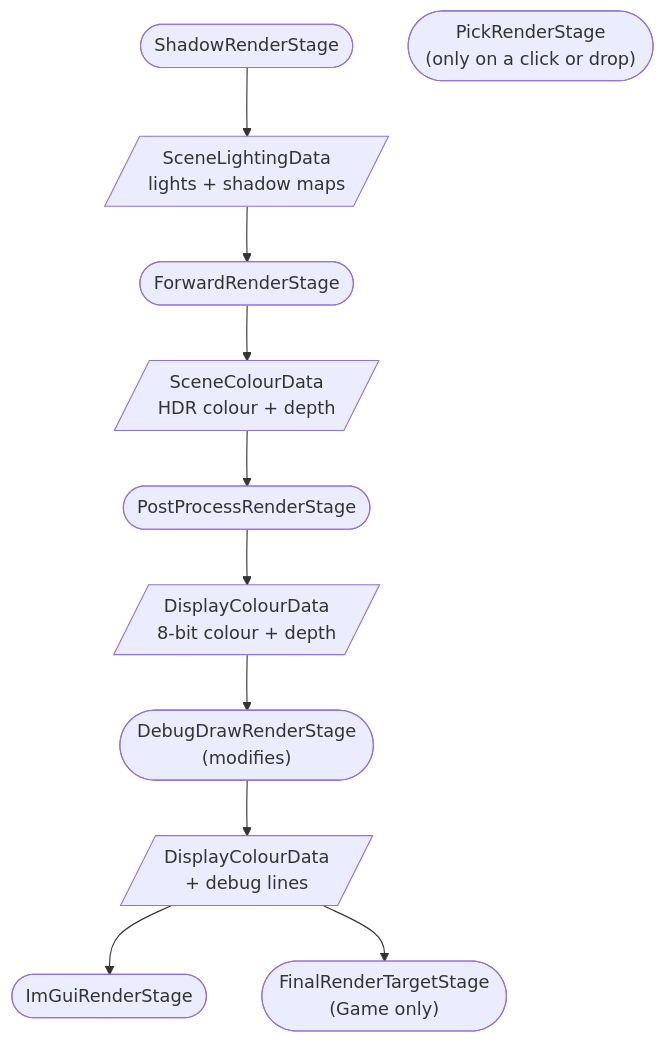
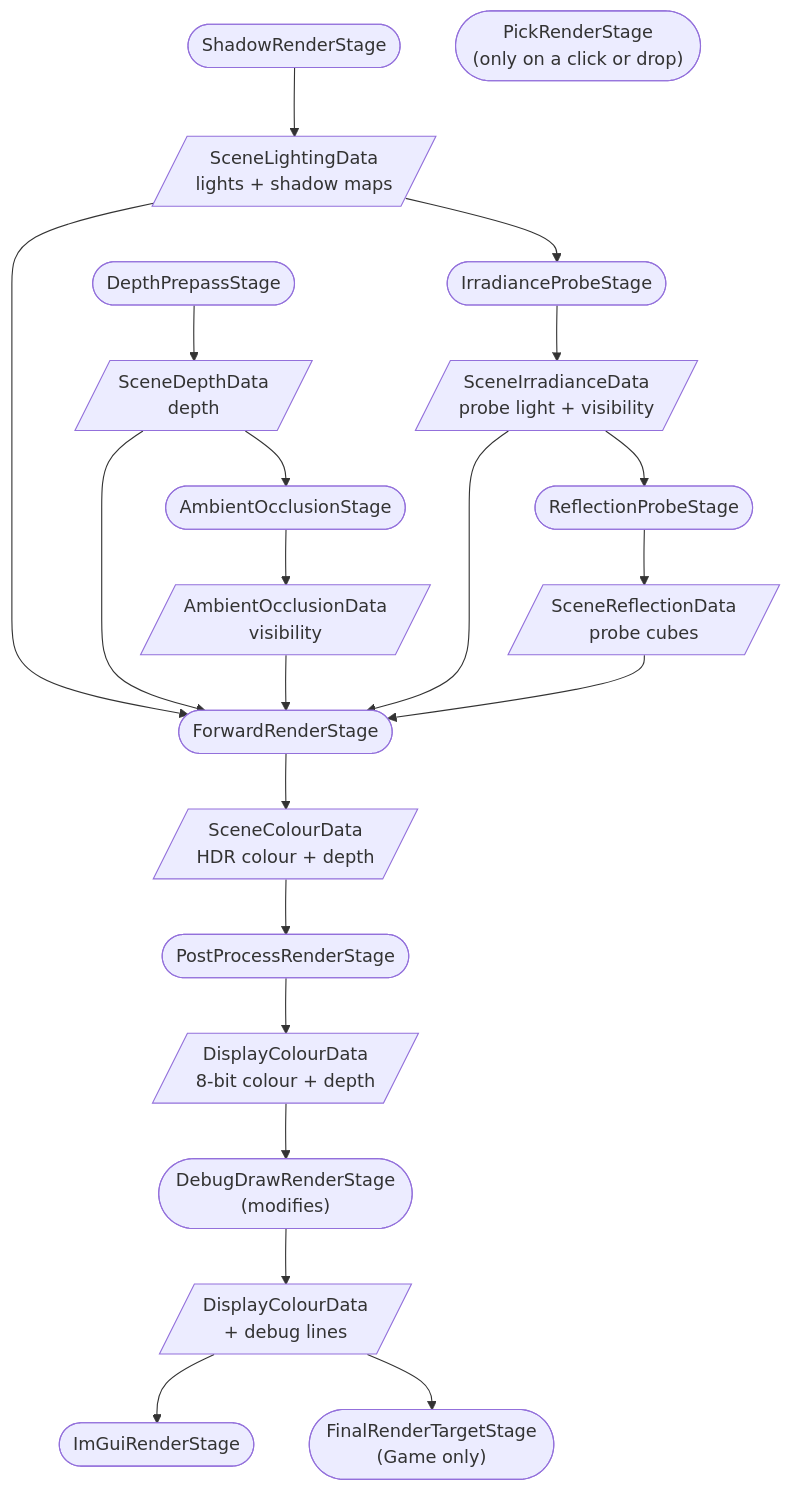
Before and after one commit to b1nary0/RZE: the first of 6 diagrams in Docs/Generated/Engine/04-Rendering/Render-Stages.md, drawn with Mermaid. The commit also changed other lines of this file and 5 other files, not shown here.

First line of the commit message:
Document ambient occlusion, probes and compute in the rendering docs

````diff
--- a/Docs/Generated/Engine/04-Rendering/Render-Stages.md
+++ b/Docs/Generated/Engine/04-Rendering/Render-Stages.md
@@ -11,14 +11,25 @@
 ```mermaid
 %%{init: {'flowchart': {'subGraphTitleMargin': {'top': 6, 'bottom': 10}}, 'themeCSS': '.labelBkg, .edgeLabel { background-color: var(--background-primary) !important; } .messageText, .labelText, .loopText { paint-order: stroke; stroke: var(--background-primary); stroke-width: 5px; stroke-linejoin: round; }'}}%%
 flowchart TD
     Shadow(["ShadowRenderStage"]) --> SMD[/"SceneLightingData<br/>lights + shadow maps"/]
+    Prepass(["DepthPrepassStage"]) --> SDD[/"SceneDepthData<br/>depth"/]
+    SDD --> AO(["AmbientOcclusionStage"])
+    AO --> AOD[/"AmbientOcclusionData<br/>visibility"/]
+    SMD --> Irr(["IrradianceProbeStage"])
+    Irr --> SID[/"SceneIrradianceData<br/>probe light + visibility"/]
+    SID --> Refl(["ReflectionProbeStage"])
+    Refl --> SRD[/"SceneReflectionData<br/>probe cubes"/]
     SMD --> Forward(["ForwardRenderStage"])
+    SDD --> Forward
+    AOD --> Forward
+    SID --> Forward
+    SRD --> Forward
     Forward --> SCD[/"SceneColourData<br/>HDR colour + depth"/]
     SCD --> Post(["PostProcessRenderStage"])
     Post --> DCD[/"DisplayColourData<br/>8-bit colour + depth"/]
     DCD --> Debug(["DebugDrawRenderStage<br/>(modifies)"])
     Debug --> DCD2[/"DisplayColourData<br/>+ debug lines"/]
     DCD2 --> ImGui(["ImGuiRenderStage"])
     DCD2 --> Final(["FinalRenderTargetStage<br/>(Game only)"])
     Pick(["PickRenderStage<br/>(only on a click or drop)"])
 ```
````
